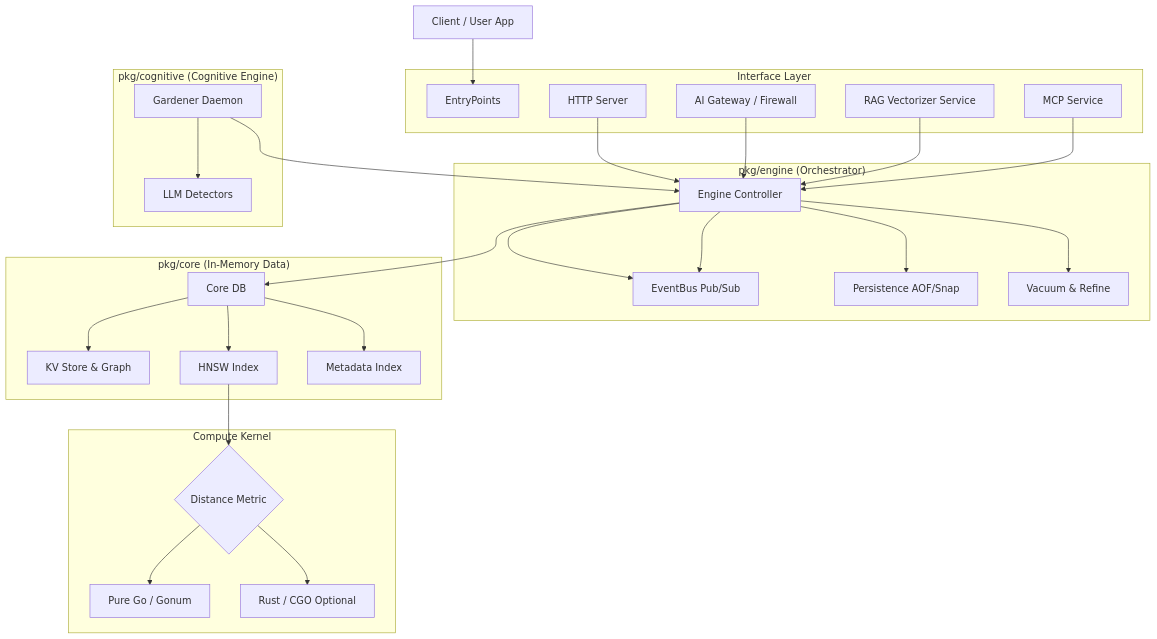
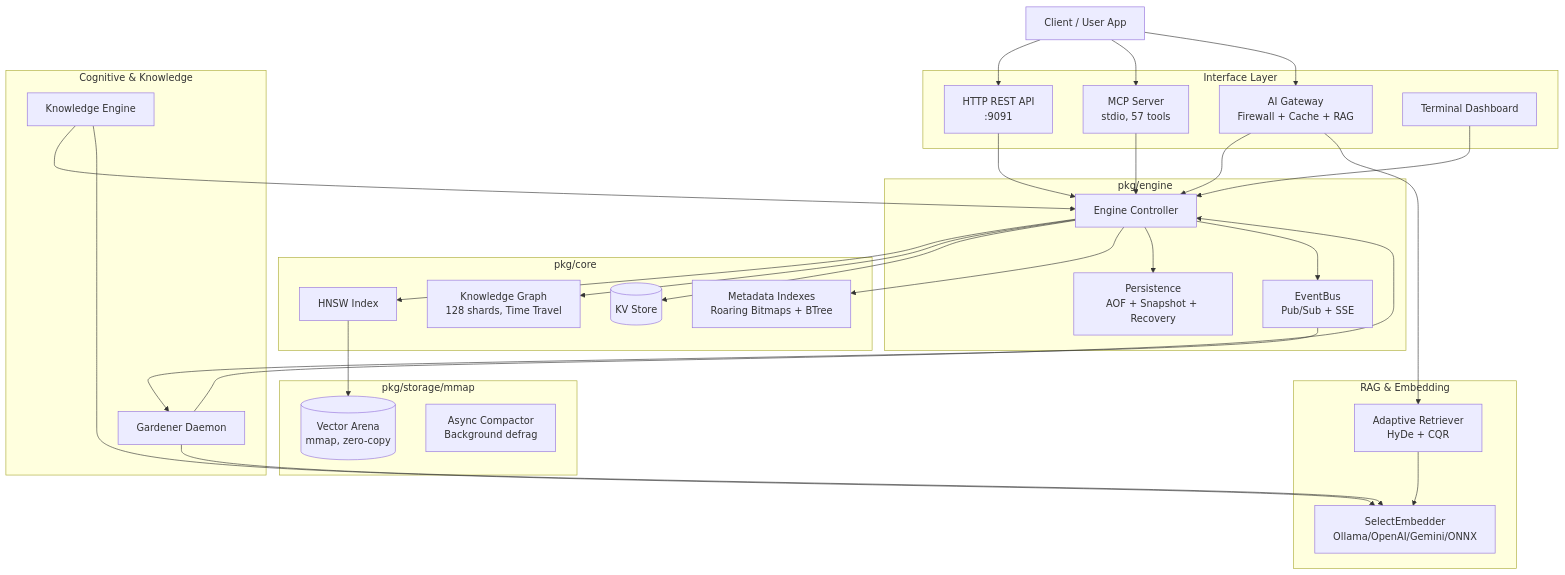
The diagram in DOCUMENTATION.md (sanonone/kektordb), drawn with Mermaid before and after one commit. The commit also changed other lines of this file and 14 other files, not shown here.

````diff
--- a/DOCUMENTATION.md
+++ b/DOCUMENTATION.md
@@ -44,45 +49,64 @@
 ```mermaid
-graph TD
-    Client[Client / User App] --> EntryPoints
-    
-    subgraph "Interface Layer"
-        EntryPoints
-        API[HTTP Server]
-        Proxy[AI Gateway / Firewall]
-        RAG[RAG Vectorizer Service]
-        MCP[MCP Service]
+graph TB
+    Client[Client / User App]
+
+    subgraph Interface["Interface Layer"]
+        API[HTTP REST API<br/>:9091]
+        MCP[MCP Server<br/>stdio, 57 tools]
+        Proxy[AI Gateway<br/>Firewall + Cache + RAG]
+        TUI[Terminal Dashboard]
     end
 
-    subgraph "pkg/engine (Orchestrator)"
-        Engine[Engine Controller]
-        EventBus[EventBus Pub/Sub]
-        Engine --> Persist[Persistence AOF/Snap]
-        Engine --> Maintenance[Vacuum & Refine]
-        Engine --> EventBus
+    subgraph Engine["pkg/engine"]
+        EngCore[Engine Controller]
+        Persistence["Persistence<br/>AOF + Snapshot + Recovery"]
+        EventBus[EventBus<br/>Pub/Sub + SSE]
     end
 
-    subgraph "pkg/cognitive (Cognitive Engine)"
-        Gardener[Gardener Daemon]
-        Gardener --> LLM[LLM Detectors]
+    subgraph Core["pkg/core"]
+        HNSW[HNSW Index]
+        Graph[Knowledge Graph<br/>128 shards, Time Travel]
+        KV[(KV Store)]
+        Meta[Metadata Indexes<br/>Roaring Bitmaps + BTree]
     end
 
-    subgraph "pkg/core (In-Memory Data)"
-        Engine --> DB[Core DB]
-        DB --> KV[KV Store & Graph]
-        DB --> HNSW[HNSW Index]
-        DB --> Filters[Metadata Index]
+    subgraph Cognitive["Cognitive & Knowledge"]
+        Gardener[Gardener Daemon]
+        Compiler[Knowledge Engine]
     end
 
-    subgraph "Compute Kernel"
-        HNSW --> Dist{Distance Metric}
-        Dist --> Go[Pure Go / Gonum]
-        Dist --> Rust[Rust / CGO Optional]
+    subgraph RAG["RAG & Embedding"]
+        RagPipe[Adaptive Retriever<br/>HyDe + CQR]
+        Embedder[SelectEmbedder<br/>Ollama/OpenAI/Gemini/ONNX]
     end
 
-    API --> Engine
-    Proxy --> Engine
-    RAG --> Engine
-    MCP --> Engine
-    Gardener --> Engine
-    Engine --> EventBus
+    subgraph Storage["pkg/storage/mmap"]
+        Arena[(Vector Arena<br/>mmap, zero-copy)]
+        Compactor[Async Compactor<br/>Background defrag]
+    end
+
+    Client --> API
+    Client --> MCP
+    Client --> Proxy
+    API --> EngCore
+    MCP --> EngCore
+    Proxy --> EngCore
+    TUI --> EngCore
+
+    EngCore --> HNSW
+    EngCore --> Graph
+    EngCore --> KV
+    EngCore --> Meta
+    EngCore --> Persistence
+    HNSW --> Arena
+
+    Gardener --> EngCore
+    Compiler --> EngCore
+    Gardener --> Embedder
+    Compiler --> Embedder
+    EngCore --> EventBus
+    EventBus --> Gardener
+
+    Proxy --> RagPipe
+    RagPipe --> Embedder
 ```
````
